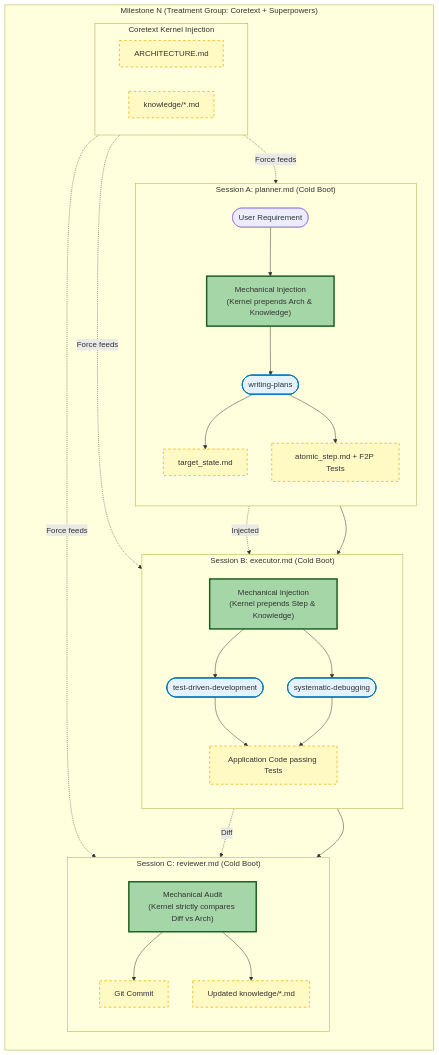
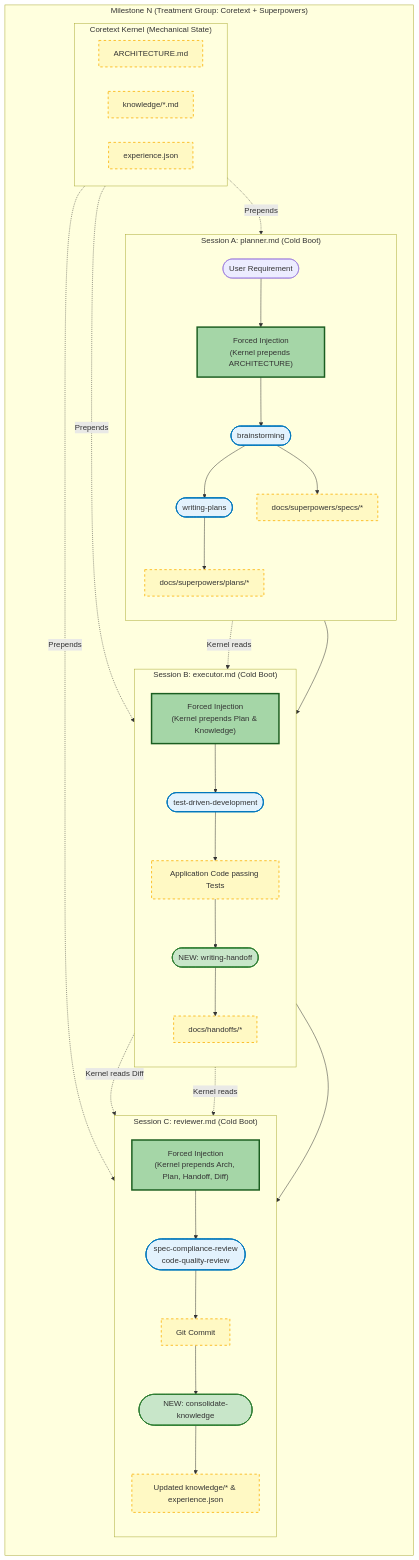
The second of 2 diagrams in experiments/trore-v2/experiments.md (coretexthq/coretext), drawn with Mermaid before and after one commit. The commit also changed other lines of this file and 29 other files, not shown here.

Commit message:
refactor: migrate execution artifacts to docs/superpowers/ and implement experience engine for automated knowledge linking

````diff
--- a/experiments/trore-v2/experiments.md
+++ b/experiments/trore-v2/experiments.md
@@ -169,66 +169,77 @@
 ```mermaid
 flowchart TB
     classDef session fill:#e8eaf6,stroke:#1a237e,stroke-width:2px;
     classDef skill fill:#e3f2fd,stroke:#0277bd,stroke-width:2px;
+    classDef coretext_skill fill:#c8e6c9,stroke:#2e7d32,stroke-width:2px;
     classDef artifact fill:#fff9c4,stroke:#fbc02d,stroke-width:2px,stroke-dasharray: 5 5;
     classDef difference fill:#a5d6a7,stroke:#1b5e20,stroke-width:3px;
     classDef inject fill:#eceff1,stroke:#37474f,stroke-width:2px,stroke-dasharray: 5 5;
 
     subgraph Milestone ["Milestone N (Treatment Group: Coretext + Superpowers)"]
         direction TB
 
-        subgraph Inject ["Coretext Kernel Injection"]
+        subgraph Inject ["Coretext Kernel (Mechanical State)"]
             direction LR
             K_Arch[ARCHITECTURE.md]:::artifact
             K_Hint[knowledge/*.md]:::artifact
+            K_Exp[experience.json]:::artifact
         end
 
         subgraph SessionA ["Session A: planner.md (Cold Boot)"]
             direction TB
             InputA([User Requirement])
-            ContextA["Mechanical Injection<br/>(Kernel prepends Arch & Knowledge)"]:::difference
-            Skill_WritePlan([writing-plans]):::skill
+            ContextA["Forced Injection<br/>(Kernel prepends ARCHITECTURE)"]:::difference
+            Skill_Brainstorm([brainstorming]):::skill
+            Skill_Plan([writing-plans]):::skill
             
             InputA --> ContextA
-            ContextA --> Skill_WritePlan
+            ContextA --> Skill_Brainstorm
+            Skill_Brainstorm --> Skill_Plan
             
-            Art_Target[target_state.md]:::artifact
-            Art_Step[atomic_step.md + F2P Tests]:::artifact
+            Art_Spec[docs/superpowers/specs/*]:::artifact
+            Art_Plan[docs/superpowers/plans/*]:::artifact
             
-            Skill_WritePlan --> Art_Target
-            Skill_WritePlan --> Art_Step
+            Skill_Brainstorm --> Art_Spec
+            Skill_Plan --> Art_Plan
         end
 
         subgraph SessionB ["Session B: executor.md (Cold Boot)"]
             direction TB
-            ContextB["Mechanical Injection<br/>(Kernel prepends Step & Knowledge)"]:::difference
+            ContextB["Forced Injection<br/>(Kernel prepends Plan & Knowledge)"]:::difference
             Skill_TDD([test-driven-development]):::skill
-            Skill_Debug([systematic-debugging]):::skill
+            Skill_Handoff([NEW: writing-handoff]):::coretext_skill
             Art_Code[Application Code passing Tests]:::artifact
+            Art_Handoff[docs/handoffs/*]:::artifact
             
-            Art_Step -. "Injected" .-> ContextB
+            Art_Plan -. "Kernel reads" .-> ContextB
             ContextB --> Skill_TDD
-            ContextB --> Skill_Debug
             Skill_TDD --> Art_Code
-            Skill_Debug --> Art_Code
+            Art_Code --> Skill_Handoff
+            Skill_Handoff --> Art_Handoff
         end
 
         subgraph SessionC ["Session C: reviewer.md (Cold Boot)"]
             direction TB
-            ContextC["Mechanical Audit<br/>(Kernel strictly compares Diff vs Arch)"]:::difference
-            Art_UpdateKnowledge[Updated knowledge/*.md]:::artifact
+            ContextC["Forced Injection<br/>(Kernel prepends Arch, Plan, Handoff, Diff)"]:::difference
+            Skill_Review([spec-compliance-review<br/>code-quality-review]):::skill
+            Skill_Knowledge([NEW: consolidate-knowledge]):::coretext_skill
+            
             Art_Commit[Git Commit]:::artifact
+            Art_UpdateKnowledge[Updated knowledge/* & experience.json]:::artifact
             
-            Art_Code -. "Diff" .-> ContextC
-            ContextC --> Art_Commit
-            ContextC --> Art_UpdateKnowledge
+            Art_Code -. "Kernel reads Diff" .-> ContextC
+            Art_Handoff -. "Kernel reads" .-> ContextC
+            ContextC --> Skill_Review
+            Skill_Review --> Art_Commit
+            Art_Commit --> Skill_Knowledge
+            Skill_Knowledge --> Art_UpdateKnowledge
         end
         
-        Inject -. "Force feeds" .-> ContextA
-        Inject -. "Force feeds" .-> ContextB
-        Inject -. "Force feeds" .-> ContextC
+        Inject -. "Prepends" .-> ContextA
+        Inject -. "Prepends" .-> ContextB
+        Inject -. "Prepends" .-> ContextC
         
         SessionA --> SessionB
         SessionB --> SessionC
     end
 ```
````
